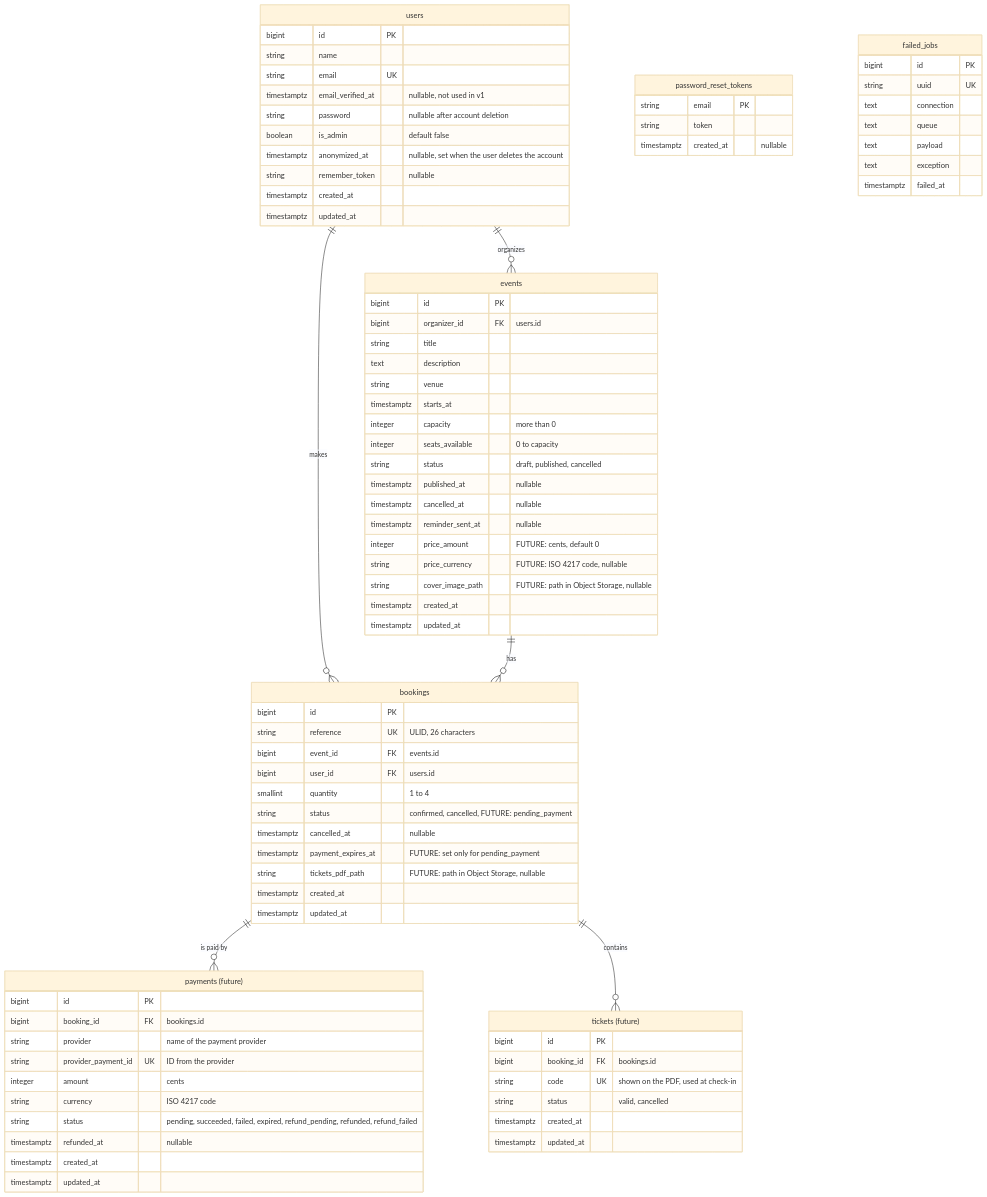
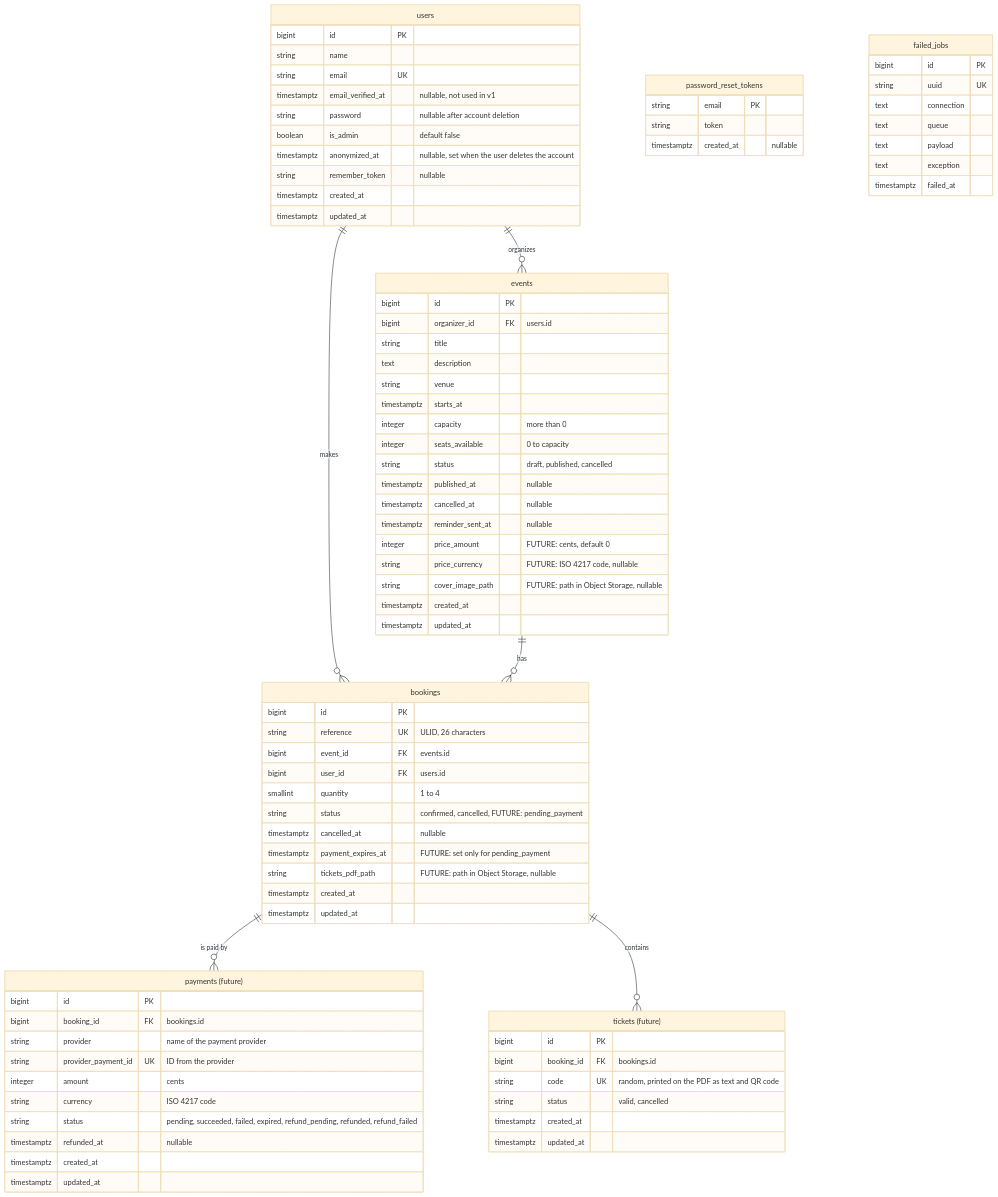
The diagram in docs/design/erd.md (Leonelmarianog/event-booking-system), drawn with Mermaid (base theme) before and after one commit. The commit also changed 2 other files, not shown here.

Commit message:
docs: add future PDF tickets and cover image rules

```diff
--- a/docs/design/erd.md
+++ b/docs/design/erd.md
@@ -77,7 +77,7 @@
     tickets["tickets (future)"] {
         bigint id PK
         bigint booking_id FK "bookings.id"
-        string code UK "shown on the PDF, used at check-in"
+        string code UK "random, printed on the PDF as text and QR code"
         string status "valid, cancelled"
         timestamptz created_at
         timestamptz updated_at
```
